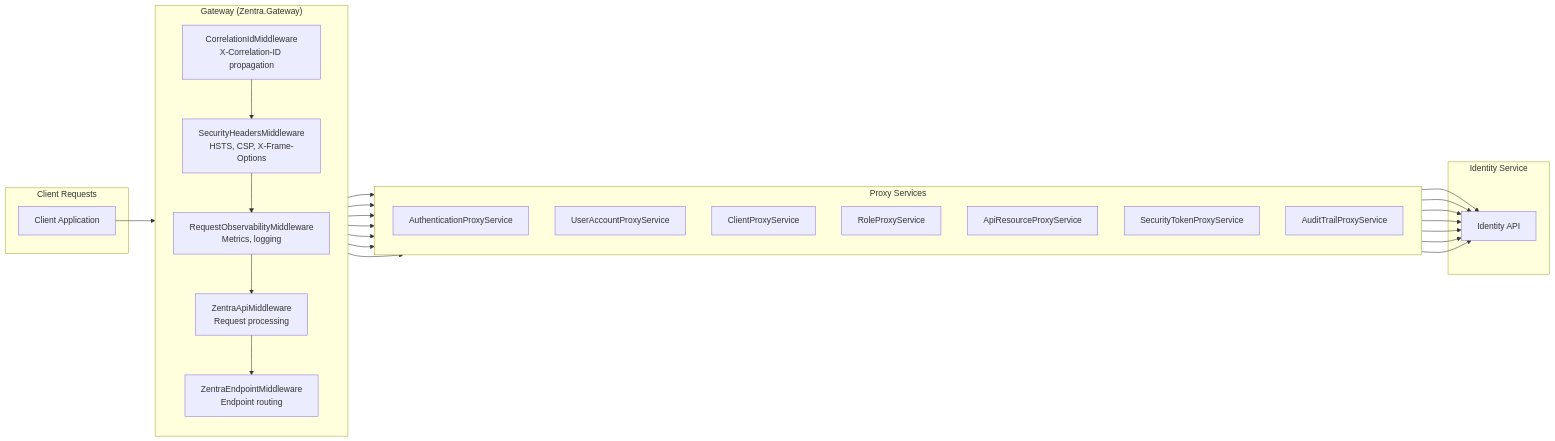
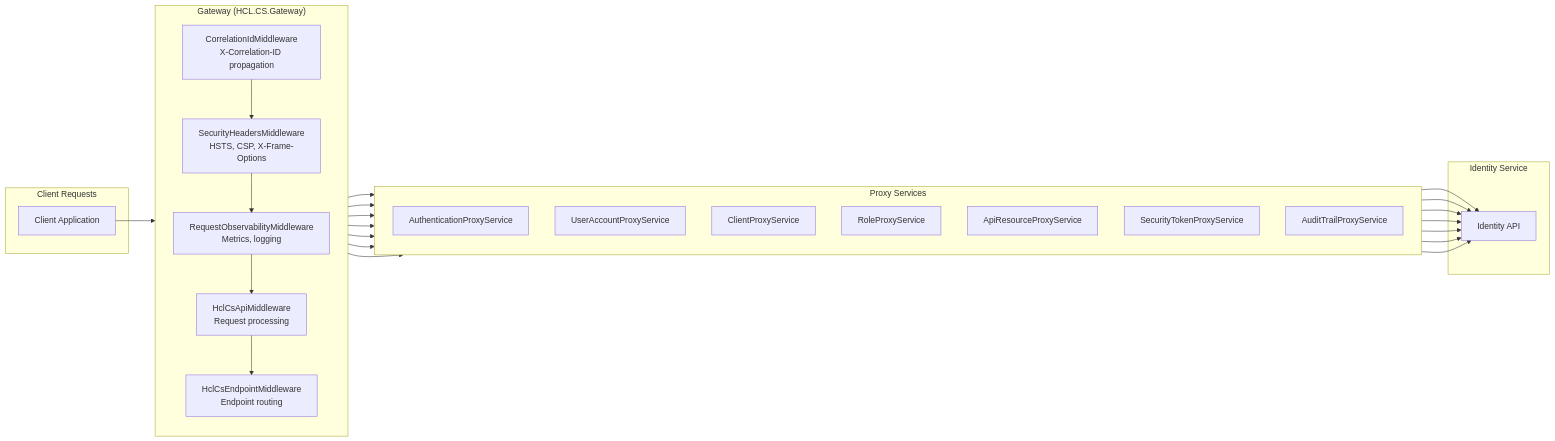
One commit to feroz-hub/SF changed the fifth of 11 diagrams in docs/02-ARCHITECTURE.md. Above: the diagram before and after it, drawn with Mermaid. The commit also changed other lines of this file and 2233 other files, not shown here.

````diff
--- a/docs/02-ARCHITECTURE.md
+++ b/docs/02-ARCHITECTURE.md
@@ -293,52 +293,52 @@
 ```mermaid
 flowchart LR
     subgraph "Client Requests"
         CLIENT[Client Application]
     end
     
-    subgraph "Gateway (Zentra.Gateway)"
+    subgraph "Gateway (HCL.CS.Gateway)"
         direction TB
         CORR[CorrelationIdMiddleware<br/>X-Correlation-ID propagation]
         SEC[SecurityHeadersMiddleware<br/>HSTS, CSP, X-Frame-Options]
         OBS[RequestObservabilityMiddleware<br/>Metrics, logging]
-        API[ZentraApiMiddleware<br/>Request processing]
-        ENDPOINT[ZentraEndpointMiddleware<br/>Endpoint routing]
+        API[HclCsApiMiddleware<br/>Request processing]
+        ENDPOINT[HclCsEndpointMiddleware<br/>Endpoint routing]
         
         CORR --> SEC
         SEC --> OBS
         OBS --> API
         API --> ENDPOINT
     end
     
     subgraph "Proxy Services"
         direction TB
         AUTH_PROXY[AuthenticationProxyService]
         USER_PROXY[UserAccountProxyService]
         CLIENT_PROXY[ClientProxyService]
         ROLE_PROXY[RoleProxyService]
         RESOURCE_PROXY[ApiResourceProxyService]
         TOKEN_PROXY[SecurityTokenProxyService]
         AUDIT_PROXY[AuditTrailProxyService]
     end
     
     subgraph "Identity Service"
         IDENTITY[Identity API]
     end
     
     CLIENT --> CORR
     ENDPOINT --> AUTH_PROXY
     ENDPOINT --> USER_PROXY
     ENDPOINT --> CLIENT_PROXY
     ENDPOINT --> ROLE_PROXY
     ENDPOINT --> RESOURCE_PROXY
     ENDPOINT --> TOKEN_PROXY
     ENDPOINT --> AUDIT_PROXY
     
     AUTH_PROXY --> IDENTITY
     USER_PROXY --> IDENTITY
     CLIENT_PROXY --> IDENTITY
     ROLE_PROXY --> IDENTITY
     RESOURCE_PROXY --> IDENTITY
     TOKEN_PROXY --> IDENTITY
     AUDIT_PROXY --> IDENTITY
 ```
````
